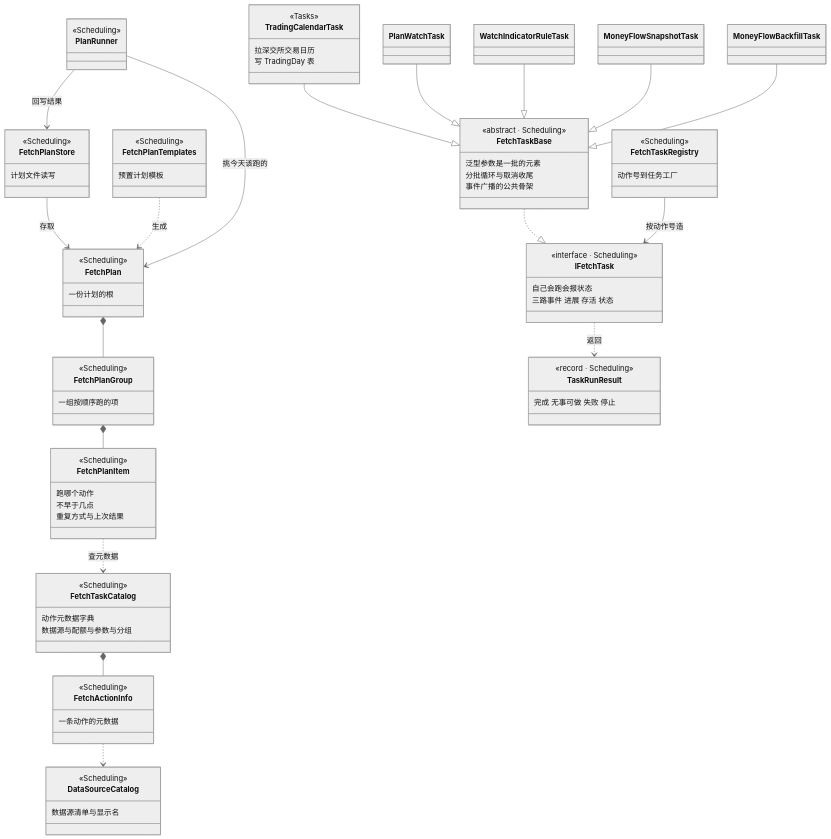
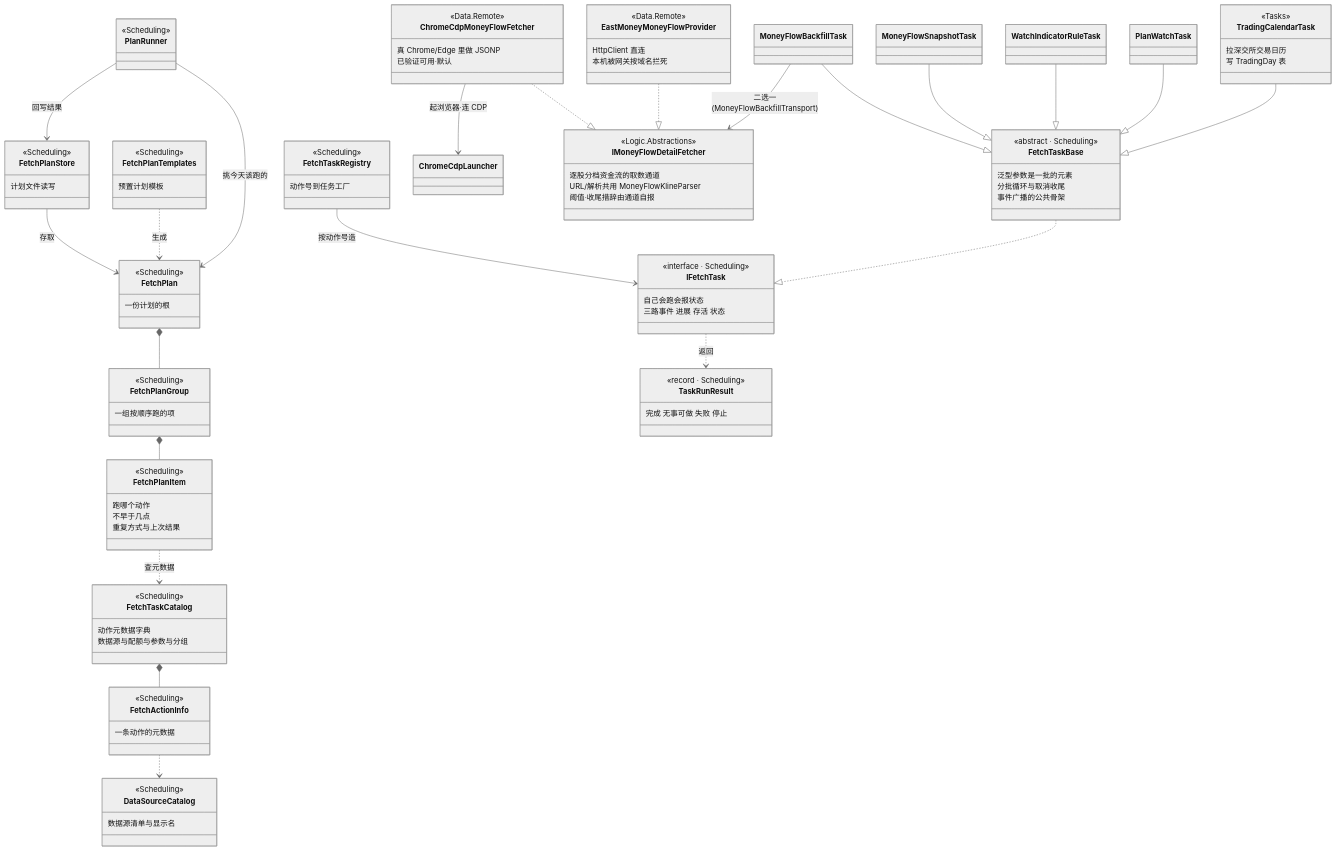
The third of 9 diagrams in doc/solution-class-map.md (lcq9732/stock), drawn with Mermaid (neutral theme) before and after one commit. The commit also changed other lines of this file and 42 other files, not shown here.

````diff
--- a/doc/solution-class-map.md
+++ b/doc/solution-class-map.md
@@ -253,6 +253,26 @@
 WatchIndicatorRuleTask --|> FetchTaskBase
 MoneyFlowSnapshotTask --|> FetchTaskBase
 MoneyFlowBackfillTask --|> FetchTaskBase
+class IMoneyFlowDetailFetcher {
+  <<Logic.Abstractions>>
+  逐股分档资金流的取数通道
+  URL/解析共用 MoneyFlowKlineParser
+  阈值·收尾措辞由通道自报
+}
+class EastMoneyMoneyFlowProvider {
+  <<Data.Remote>>
+  HttpClient 直连
+  本机被网关按域名拦死
+}
+class ChromeCdpMoneyFlowFetcher {
+  <<Data.Remote>>
+  真 Chrome/Edge 里做 JSONP
+  已验证可用·默认
+}
+EastMoneyMoneyFlowProvider ..|> IMoneyFlowDetailFetcher
+ChromeCdpMoneyFlowFetcher ..|> IMoneyFlowDetailFetcher
+ChromeCdpMoneyFlowFetcher --> ChromeCdpLauncher : 起浏览器·连 CDP
+MoneyFlowBackfillTask --> IMoneyFlowDetailFetcher : 二选一(MoneyFlowBackfillTransport)
 FetchTaskRegistry --> IFetchTask : 按动作号造
 IFetchTask ..> TaskRunResult : 返回
 ```
````
